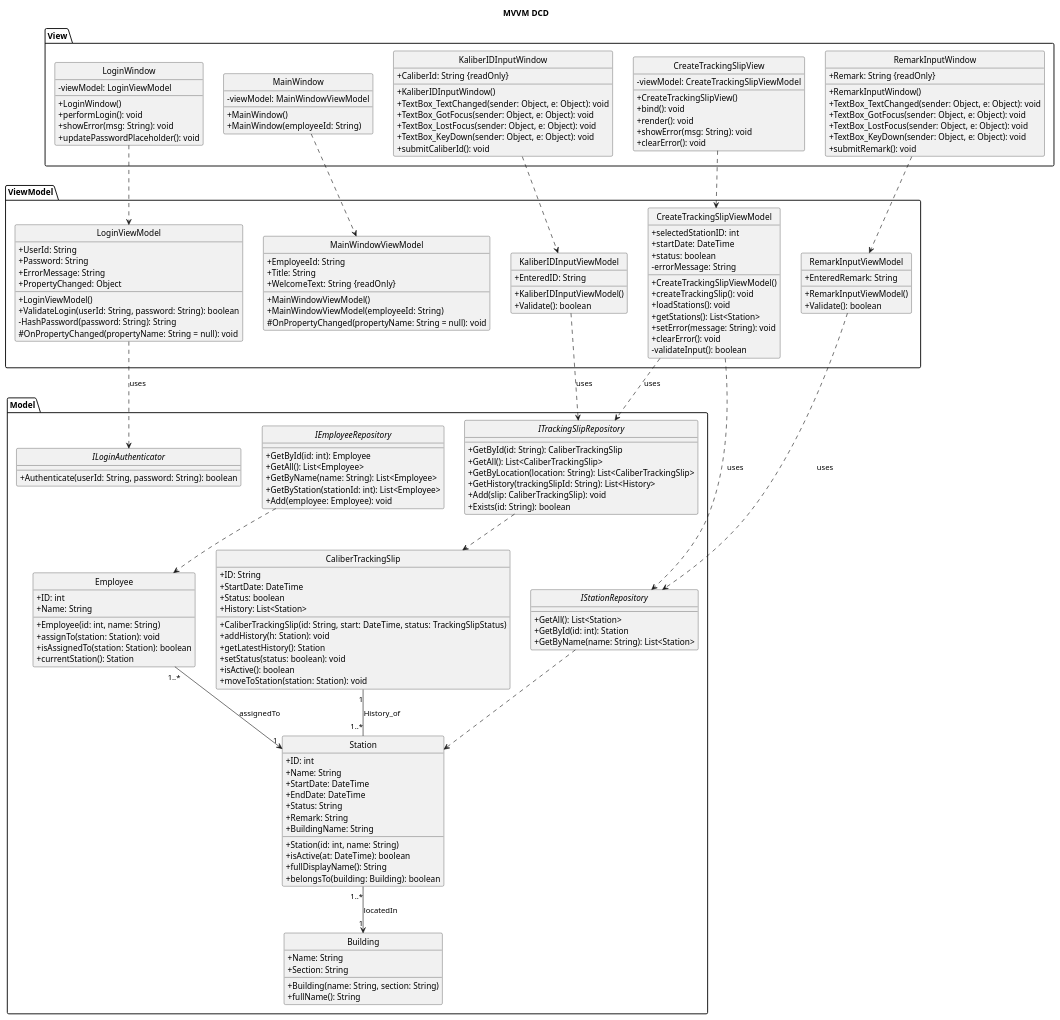
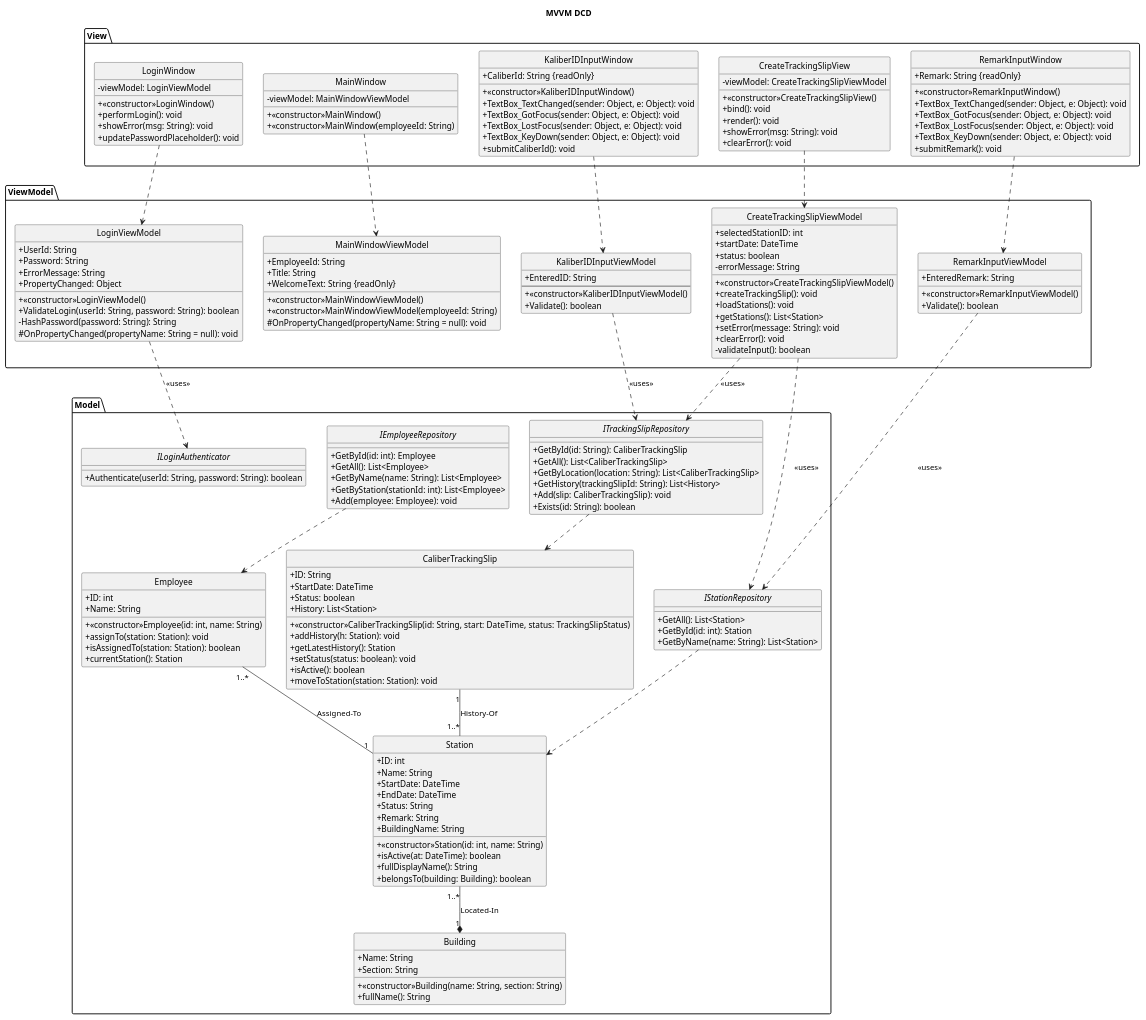
The diagram in uml_artifacts/dcd.puml (marsbo04/budweg), drawn with PlantUML before and after one commit.

Commit message:
Add constructors to UML class diagram

```diff
--- a/uml_artifacts/dcd.puml
+++ b/uml_artifacts/dcd.puml
@@ -7,7 +7,7 @@
 package "View" {
   class LoginWindow  {
     -viewModel: LoginViewModel
-    +LoginWindow()
+    +<<constructor>>LoginWindow()
     +performLogin(): void
     +showError(msg: String): void
     +updatePasswordPlaceholder(): void
@@ -15,23 +15,23 @@
 
   class MainWindow {
     -viewModel: MainWindowViewModel
-    +MainWindow()
-    +MainWindow(employeeId: String)
+    +<<constructor>>MainWindow()
+    +<<constructor>>MainWindow(employeeId: String)
   }
 
-  class KaliberIDInputWindow  {
+class KaliberIDInputWindow  {
     +CaliberId: String {readOnly}
-    +KaliberIDInputWindow()
+    +<<constructor>>KaliberIDInputWindow()
     +TextBox_TextChanged(sender: Object, e: Object): void
     +TextBox_GotFocus(sender: Object, e: Object): void
     +TextBox_LostFocus(sender: Object, e: Object): void
     +TextBox_KeyDown(sender: Object, e: Object): void
     +submitCaliberId(): void
-  }
+}
 
   class CreateTrackingSlipView  {
     -viewModel: CreateTrackingSlipViewModel
-    +CreateTrackingSlipView()
+    +<<constructor>>CreateTrackingSlipView()
     +bind(): void
     +render(): void
     +showError(msg: String): void
@@ -39,7 +39,7 @@
   }
   class RemarkInputWindow {
     +Remark: String {readOnly}
-    +RemarkInputWindow()
+    +<<constructor>>RemarkInputWindow()
     +TextBox_TextChanged(sender: Object, e: Object): void
     +TextBox_GotFocus(sender: Object, e: Object): void
     +TextBox_LostFocus(sender: Object, e: Object): void
@@ -55,7 +55,7 @@
     +ErrorMessage: String
     +PropertyChanged: Object
 
-    +LoginViewModel()
+    +<<constructor>>LoginViewModel()
     +ValidateLogin(userId: String, password: String): boolean
     -HashPassword(password: String): String
     #OnPropertyChanged(propertyName: String = null): void
@@ -65,16 +65,16 @@
     +EmployeeId: String
     +Title: String
     +WelcomeText: String {readOnly}
-
-    +MainWindowViewModel()
-    +MainWindowViewModel(employeeId: String)
+    
+    +<<constructor>>MainWindowViewModel()
+    +<<constructor>>MainWindowViewModel(employeeId: String)
     #OnPropertyChanged(propertyName: String = null): void
   }
 
   class KaliberIDInputViewModel  {
     +EnteredID: String
-
-    +KaliberIDInputViewModel()
+    --
+    +<<constructor>>KaliberIDInputViewModel()
     +Validate(): boolean
   }
 
@@ -84,7 +84,7 @@
     +status: boolean
     -errorMessage: String
 
-    +CreateTrackingSlipViewModel()
+    +<<constructor>>CreateTrackingSlipViewModel()
     +createTrackingSlip(): void
     +loadStations(): void
     +getStations(): List<Station>
@@ -94,10 +94,9 @@
   }
   class RemarkInputViewModel {
     +EnteredRemark: String
-
-    +RemarkInputViewModel()
+    +<<constructor>>RemarkInputViewModel()
     +Validate(): boolean
-}
+  }
 }
 
 package "Model" {
@@ -128,15 +127,13 @@
     +Authenticate(userId: String, password: String): boolean
   }
 
-
-
   class CaliberTrackingSlip  {
     +ID: String
     +StartDate: DateTime
     +Status: boolean
     + History: List<Station>
 
-    +CaliberTrackingSlip(id: String, start: DateTime, status: TrackingSlipStatus)
+    +<<constructor>>CaliberTrackingSlip(id: String, start: DateTime, status: TrackingSlipStatus)
     +addHistory(h: Station): void
     +getLatestHistory(): Station
     +setStatus(status: boolean): void
@@ -144,12 +141,11 @@
     +moveToStation(station: Station): void
   }
 
-
   class Employee  {
     +ID: int
     +Name: String
 
-    +Employee(id: int, name: String)
+    +<<constructor>>Employee(id: int, name: String)
     +assignTo(station: Station): void
     +isAssignedTo(station: Station): boolean
     +currentStation(): Station
@@ -164,7 +160,7 @@
     +Remark: String
     +BuildingName: String
 
-    +Station(id: int, name: String)
+    +<<constructor>>Station(id: int, name: String)
     +isActive(at: DateTime): boolean
     +fullDisplayName(): String
     +belongsTo(building: Building): boolean
@@ -174,7 +170,7 @@
     +Name: String
     +Section: String
 
-    +Building(name: String, section: String)
+    +<<constructor>>Building(name: String, section: String)
     +fullName(): String
   }
 }
@@ -185,20 +181,17 @@
 CreateTrackingSlipView ..> CreateTrackingSlipViewModel 
 RemarkInputWindow ..> RemarkInputViewModel 
 
-LoginViewModel ..> ILoginAuthenticator : uses
-KaliberIDInputViewModel ..> ITrackingSlipRepository : uses
-CreateTrackingSlipViewModel ..> IStationRepository : uses
-CreateTrackingSlipViewModel ..> ITrackingSlipRepository : uses
-RemarkInputViewModel ..> IStationRepository: uses
-
+LoginViewModel ..> ILoginAuthenticator : <<uses>>
+KaliberIDInputViewModel ..> ITrackingSlipRepository : <<uses>>
+CreateTrackingSlipViewModel ..> IStationRepository : <<uses>>
+CreateTrackingSlipViewModel ..> ITrackingSlipRepository : <<uses>>
+RemarkInputViewModel ..> IStationRepository: <<uses>>
 
 ITrackingSlipRepository ..> CaliberTrackingSlip 
 IStationRepository ..> Station
 IEmployeeRepository ..> Employee
 
-
-CaliberTrackingSlip "1" -- "1..*" Station : History_of
-Employee "1..*" --> "1" Station : assignedTo
-Station "1..*" --> "1" Building : locatedIn
-
+CaliberTrackingSlip "1" -- "1..*" Station : History-Of
+Employee "1..*" -- "1" Station : Assigned-To
+Station "1..*" --* "1" Building : Located-In
 @enduml
```
